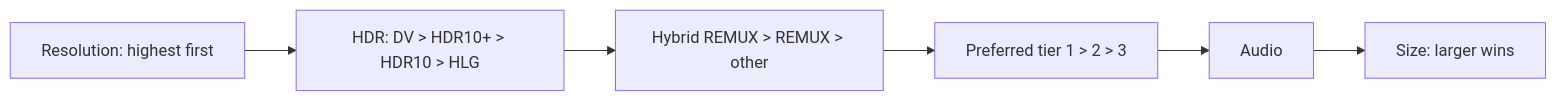
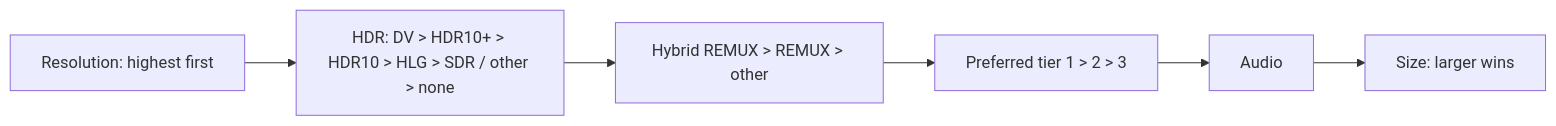
The second of 2 diagrams in docs-site/how-it-works/search-pipeline.md (Appz4Fun/nzbdavkodi), drawn with Mermaid before and after one commit. The commit also changed other lines of this file and 38 other files, not shown here.

````diff
--- a/docs-site/how-it-works/search-pipeline.md
+++ b/docs-site/how-it-works/search-pipeline.md
@@ -90,9 +105,9 @@
 ```mermaid
 flowchart LR
     A[Resolution: highest first]
-    A --> B[HDR: DV > HDR10+ > HDR10 > HLG]
+    A --> B[HDR: DV > HDR10+ > HDR10 > HLG > SDR / other > none]
     B --> R[Hybrid REMUX > REMUX > other]
     R --> C[Preferred tier 1 > 2 > 3]
     C --> D[Audio]
     D --> E[Size: larger wins]
 ```
````
